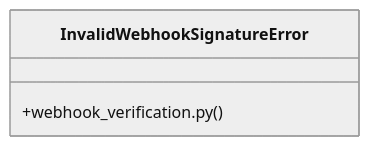
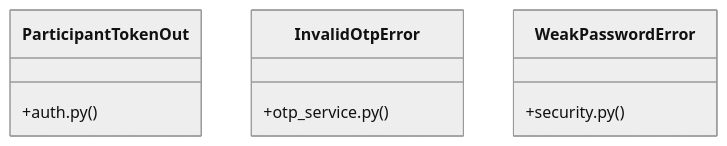
The diagram in graphify-out/wiki/[PassType_&_register_payload()]_Cluster.md (adjanayo/synca_conf_back), drawn with Mermaid (neutral theme) before and after one commit. The commit also changed other lines of this file and 62 other files, not shown here.

Commit message:
docs: mettre à jour le graphe graphify

````diff
--- a/graphify-out/wiki/[PassType_&_register_payload()]_Cluster.md
+++ b/graphify-out/wiki/[PassType_&_register_payload()]_Cluster.md
@@ -36,6 +36,12 @@
 ```mermaid
 classDiagram
-    class InvalidWebhookSignatureError {
-        +webhook_verification.py()
+    class ParticipantTokenOut {
+        +auth.py()
+    }
+    class InvalidOtpError {
+        +otp_service.py()
+    }
+    class WeakPasswordError {
+        +security.py()
     }
 ```
````
